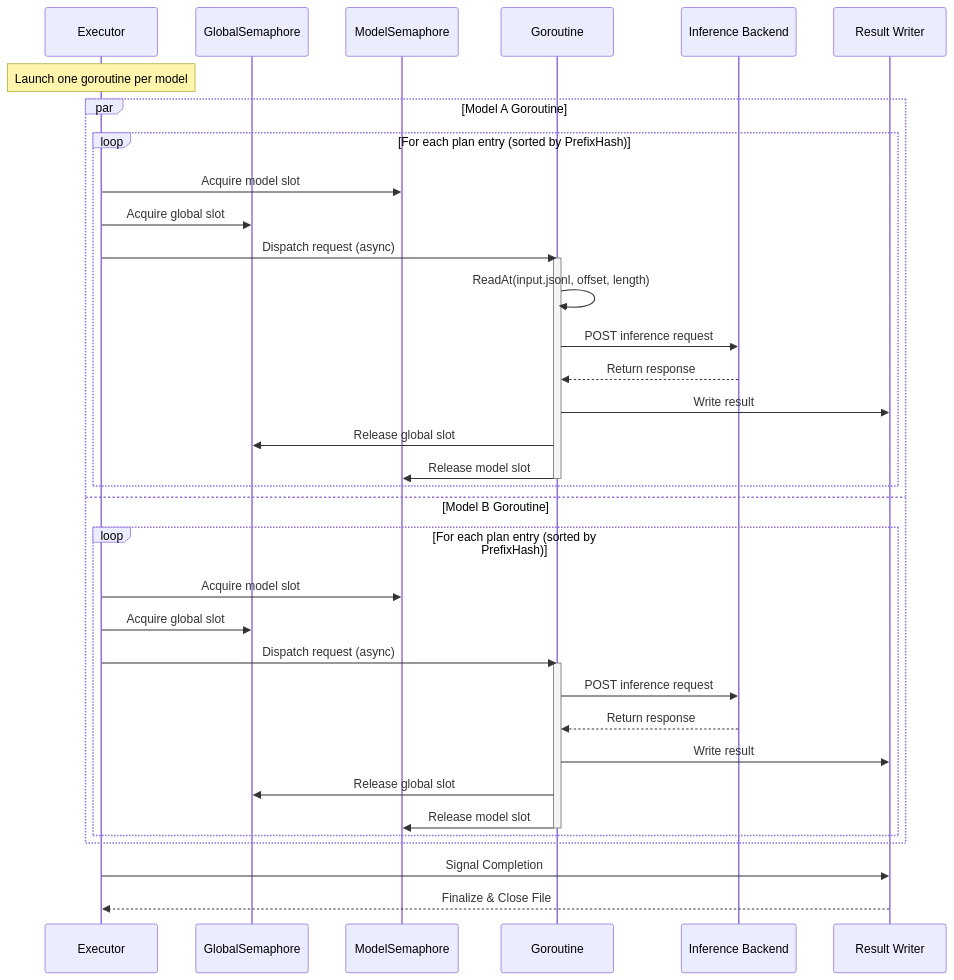
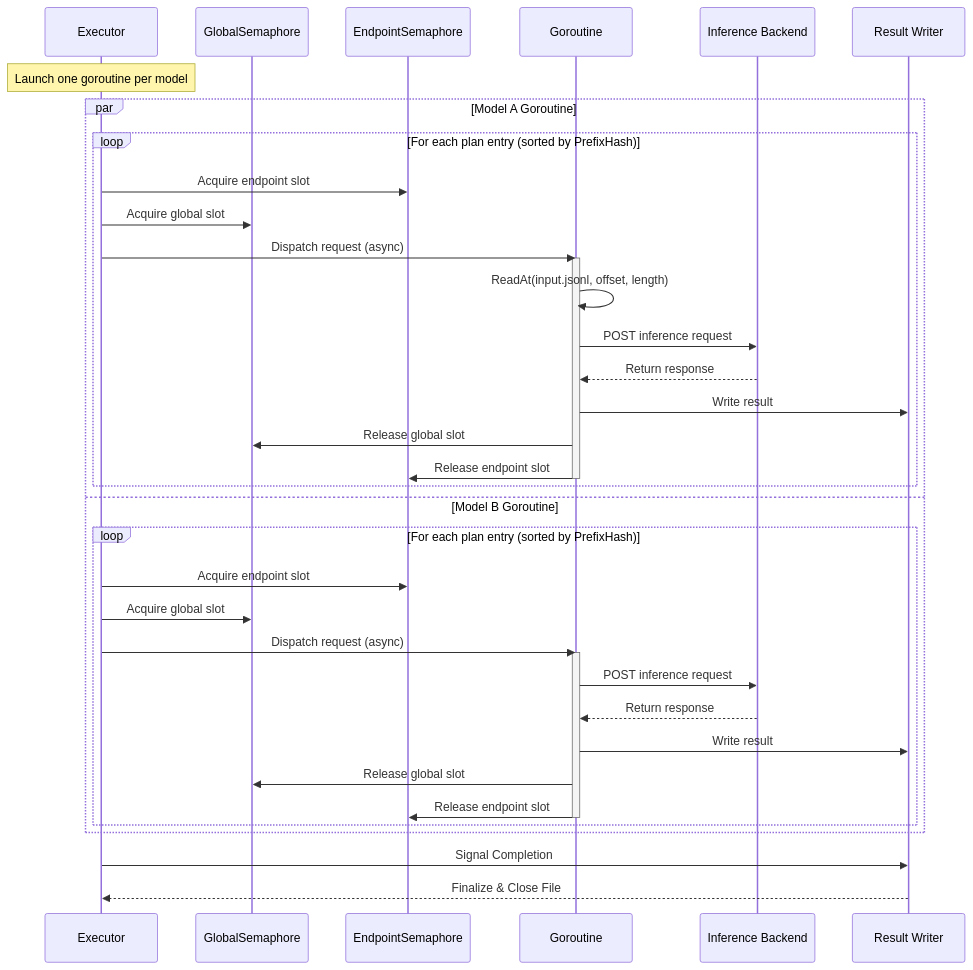
One commit to llm-d-incubation/batch-gateway changed the third of 3 diagrams in docs/design/batch_processor_architecture.md. Above: the diagram before and after it, drawn with Mermaid. The commit also changed other lines of this file and 18 other files, not shown here.

````diff
--- a/docs/design/batch_processor_architecture.md
+++ b/docs/design/batch_processor_architecture.md
@@ -400,43 +400,43 @@
 ``` mermaid
 sequenceDiagram
     participant Ex as Executor
     participant GS as GlobalSemaphore
-    participant MS as ModelSemaphore
+    participant ES as EndpointSemaphore
     participant E as Goroutine
     participant B as Inference Backend
     participant W as Result Writer
 
     Note over Ex: Launch one goroutine per model
 
     par Model A Goroutine
         loop For each plan entry (sorted by PrefixHash)
-            Ex->>MS: Acquire model slot
+            Ex->>ES: Acquire endpoint slot
             Ex->>GS: Acquire global slot
             Ex->>E: Dispatch request (async)
             activate E
             E->>E: ReadAt(input.jsonl, offset, length)
             E->>B: POST inference request
             B-->>E: Return response
             E->>W: Write result
             E->>GS: Release global slot
-            E->>MS: Release model slot
+            E->>ES: Release endpoint slot
             deactivate E
         end
     and Model B Goroutine
         loop For each plan entry (sorted by PrefixHash)
-            Ex->>MS: Acquire model slot
+            Ex->>ES: Acquire endpoint slot
             Ex->>GS: Acquire global slot
             Ex->>E: Dispatch request (async)
             activate E
             E->>B: POST inference request
             B-->>E: Return response
             E->>W: Write result
             E->>GS: Release global slot
-            E->>MS: Release model slot
+            E->>ES: Release endpoint slot
             deactivate E
         end
     end
 
     Ex->>W: Signal Completion
     W-->>Ex: Finalize & Close File
 ```
````
